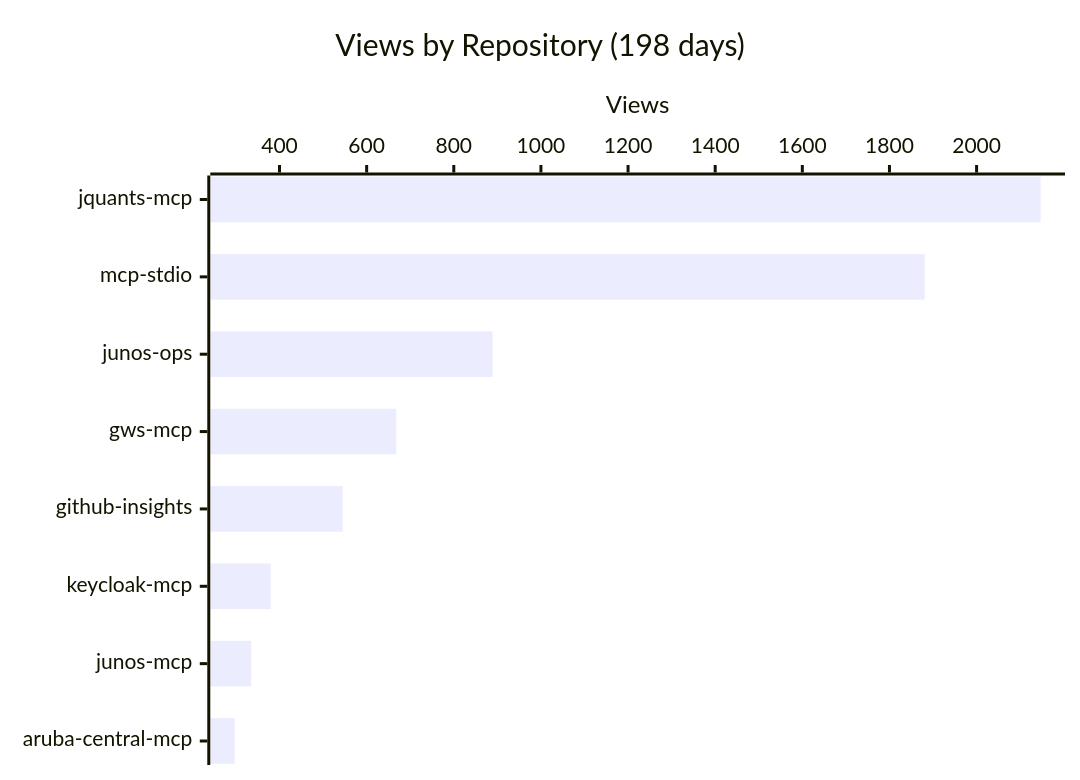
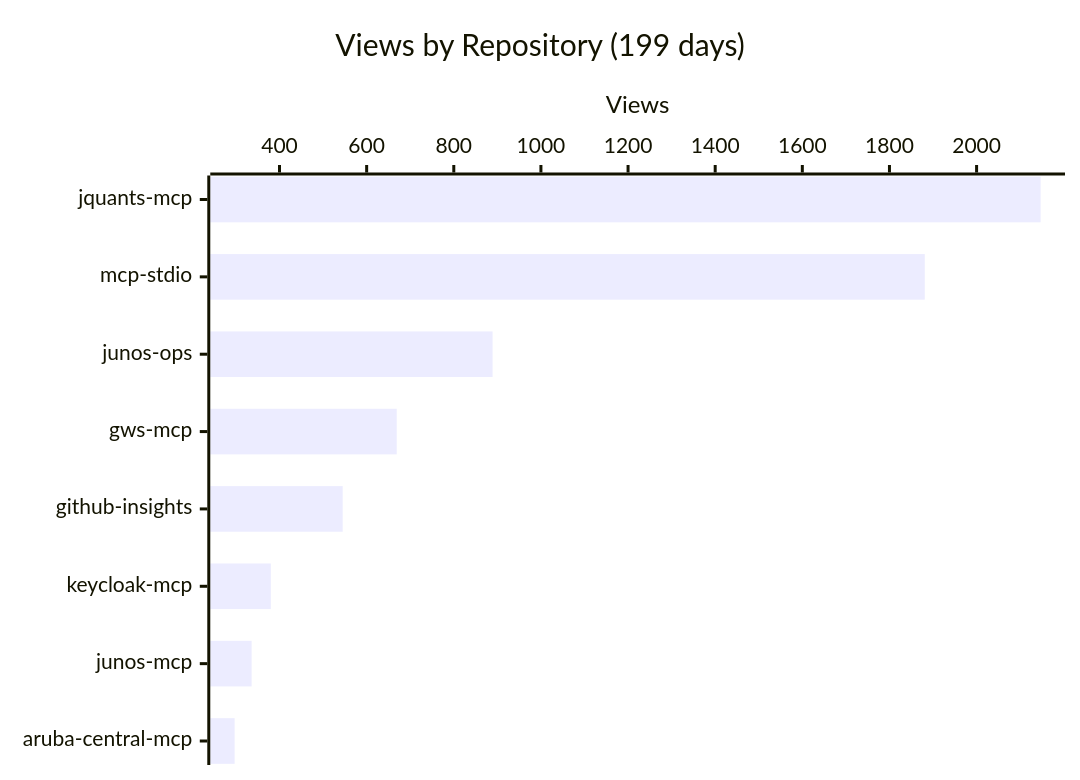
Before and after one commit to shigechika/github-insights: the first of 4 diagrams in README.md, drawn with Mermaid. The commit also changed other lines of this file and 2 other files, not shown here.

````diff
--- a/README.md
+++ b/README.md
@@ -18,7 +18,7 @@
 ```mermaid
 xychart-beta horizontal
-    title "Views by Repository (198 days)"
+    title "Views by Repository (199 days)"
     x-axis ["jquants-mcp", "mcp-stdio", "junos-ops", "gws-mcp", "github-insights", "keycloak-mcp", "junos-mcp", "aruba-central-mcp"]
     y-axis "Views"
-    bar [2147, 1881, 889, 668, 545, 380, 335, 297]
+    bar [2147, 1881, 889, 669, 545, 380, 336, 297]
 ```
````
